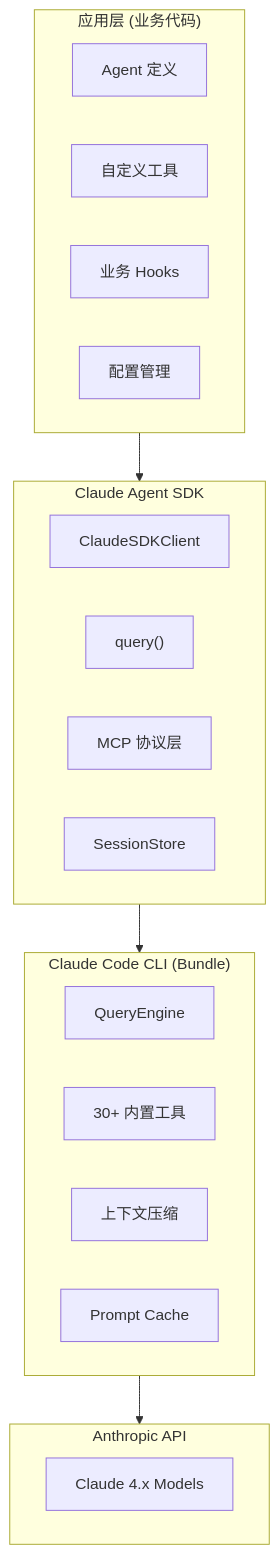
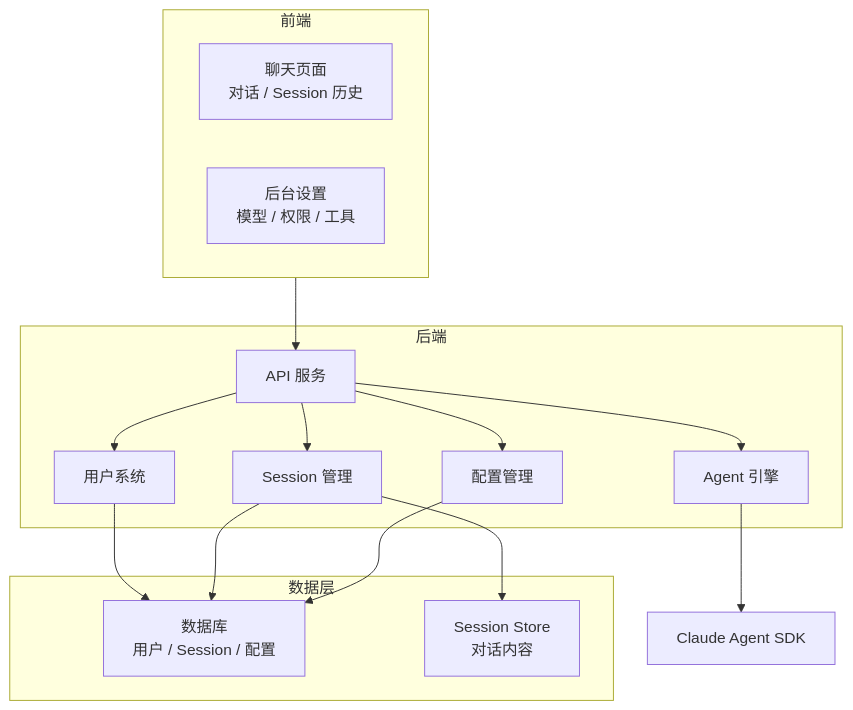
One commit to xiaocaipi/mm-doc changed the first of 4 diagrams in agent/agent_project_design.md. Above: the diagram before and after it, drawn with Mermaid. The commit also changed other lines of this file, not shown here.

````diff
--- a/agent/agent_project_design.md
+++ b/agent/agent_project_design.md
@@ -125,31 +41,31 @@
 ```mermaid
-flowchart TB
-    subgraph APP["应用层 (业务代码)"]
-        AGENTS["Agent 定义"]
-        TOOLS["自定义工具"]
-        HOOKS["业务 Hooks"]
+graph TB
+    subgraph FRONTEND["前端"]
+        CHAT["聊天页面<br/>对话 / Session 历史"]
+        SETTINGS["后台设置<br/>模型 / 权限 / 工具"]
+    end
+
+    subgraph BACKEND["后端"]
+        API["API 服务"]
+        USER["用户系统"]
+        SESSION["Session 管理"]
+        AGENT["Agent 引擎"]
         CONFIG["配置管理"]
     end
 
-    subgraph SDK["Claude Agent SDK"]
-        CLIENT["ClaudeSDKClient"]
-        QUERY["query()"]
-        MCP["MCP 协议层"]
-        SESSION["SessionStore"]
+    subgraph DATABASE["数据层"]
+        DB["数据库<br/>用户 / Session / 配置"]
+        STORE["Session Store<br/>对话内容"]
     end
 
-    subgraph CLI["Claude Code CLI (Bundle)"]
-        ENGINE["QueryEngine"]
-        BTOOLS["30+ 内置工具"]
-        COMPACT["上下文压缩"]
-        CACHE["Prompt Cache"]
-    end
-
-    subgraph API["Anthropic API"]
-        CLAUDE["Claude 4.x Models"]
-    end
-
-    APP --> SDK
-    SDK --> CLI
-    CLI --> API
+    FRONTEND --> API
+    API --> USER
+    API --> SESSION
+    API --> AGENT
+    API --> CONFIG
+    USER --> DB
+    SESSION --> DB
+    SESSION --> STORE
+    CONFIG --> DB
+    AGENT --> SDK["Claude Agent SDK"]
 ```
````
